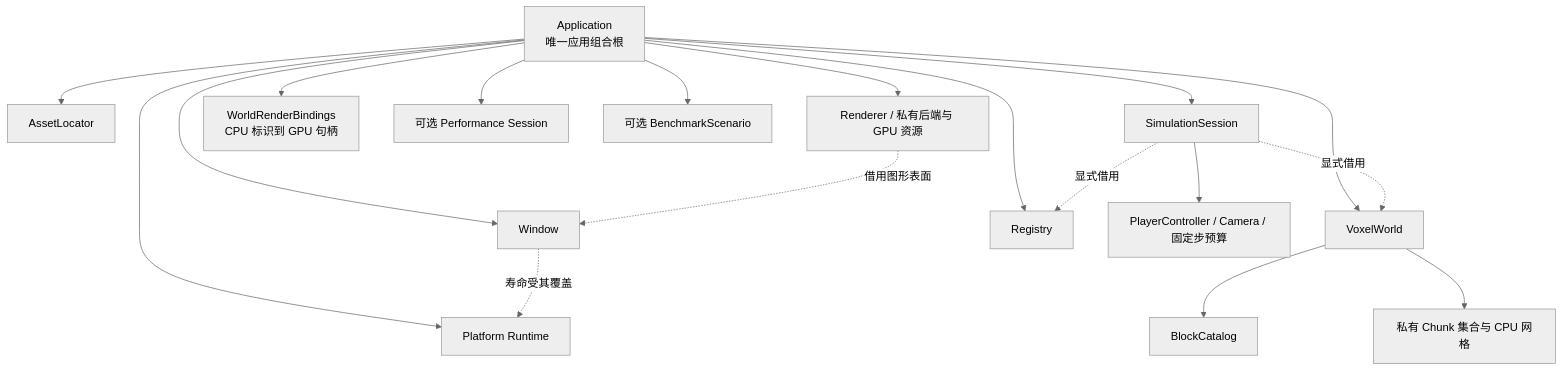
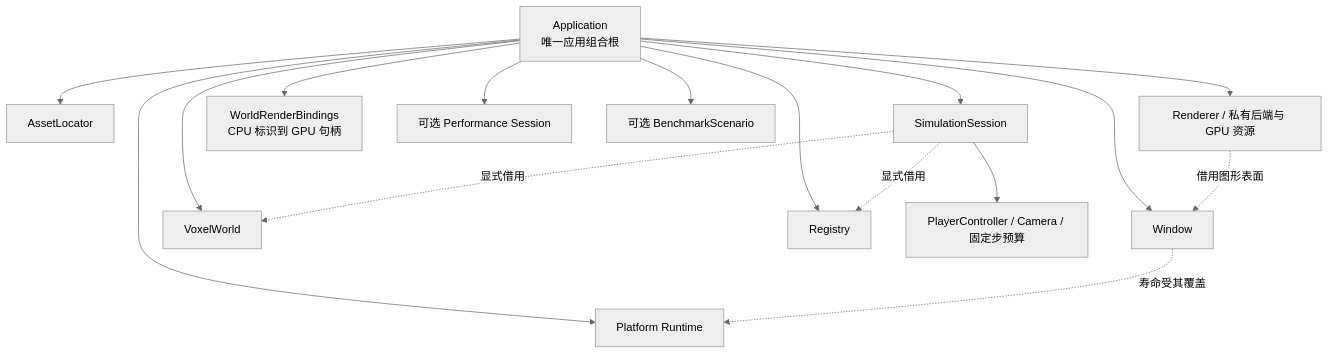
Before and after one commit to AmoLim/SymoCraft: the second of 4 diagrams in docs/spec/project-architecture/面向对象与数据导向架构设计初稿.md, drawn with Mermaid (neutral theme). The commit also changed other lines of this file and 212 other files, not shown here.

````diff
--- a/docs/spec/project-architecture/面向对象与数据导向架构设计初稿.md
+++ b/docs/spec/project-architecture/面向对象与数据导向架构设计初稿.md
@@ -210,20 +201,18 @@
 ```mermaid
 flowchart TD
     App["Application<br/>唯一应用组合根"] --> Runtime["Platform Runtime"]
     App --> Window["Window"]
     Window -. "寿命受其覆盖" .-> Runtime
     App --> Assets["AssetLocator"]
     App --> World["VoxelWorld"]
-    World --> Catalog["BlockCatalog"]
-    World --> Chunks["私有 Chunk 集合与 CPU 网格"]
     App --> Registry["Registry"]
     App --> Sim["SimulationSession"]
     Sim -. "显式借用" .-> World
     Sim -. "显式借用" .-> Registry
     Sim --> Control["PlayerController / Camera / 固定步预算"]
     App --> Renderer["Renderer / 私有后端与 GPU 资源"]
     Renderer -. "借用图形表面" .-> Window
     App --> Bindings["WorldRenderBindings<br/>CPU 标识到 GPU 句柄"]
     App --> Telemetry["可选 Performance Session"]
     App --> Scenario["可选 BenchmarkScenario"]
 ```
````
